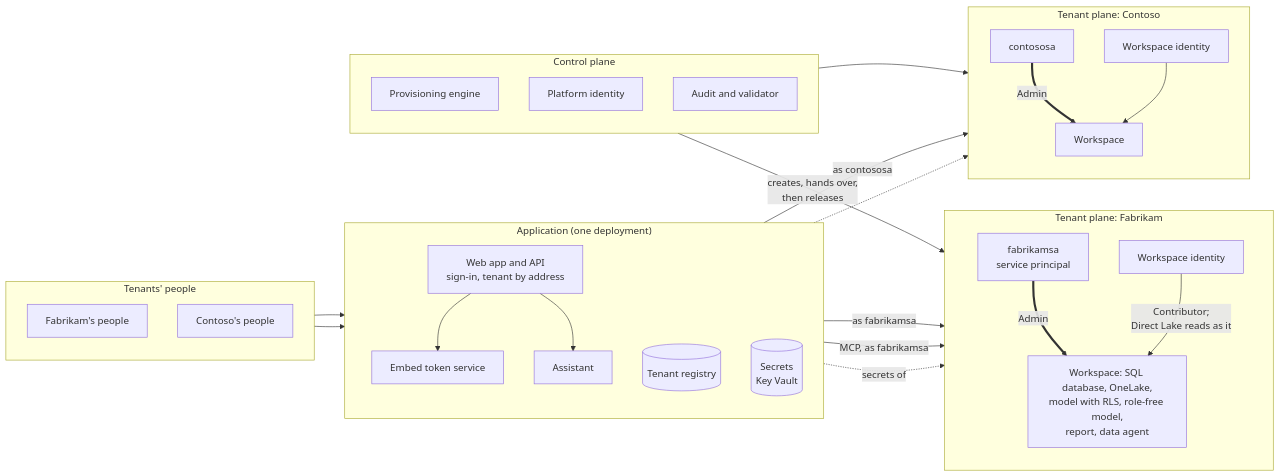
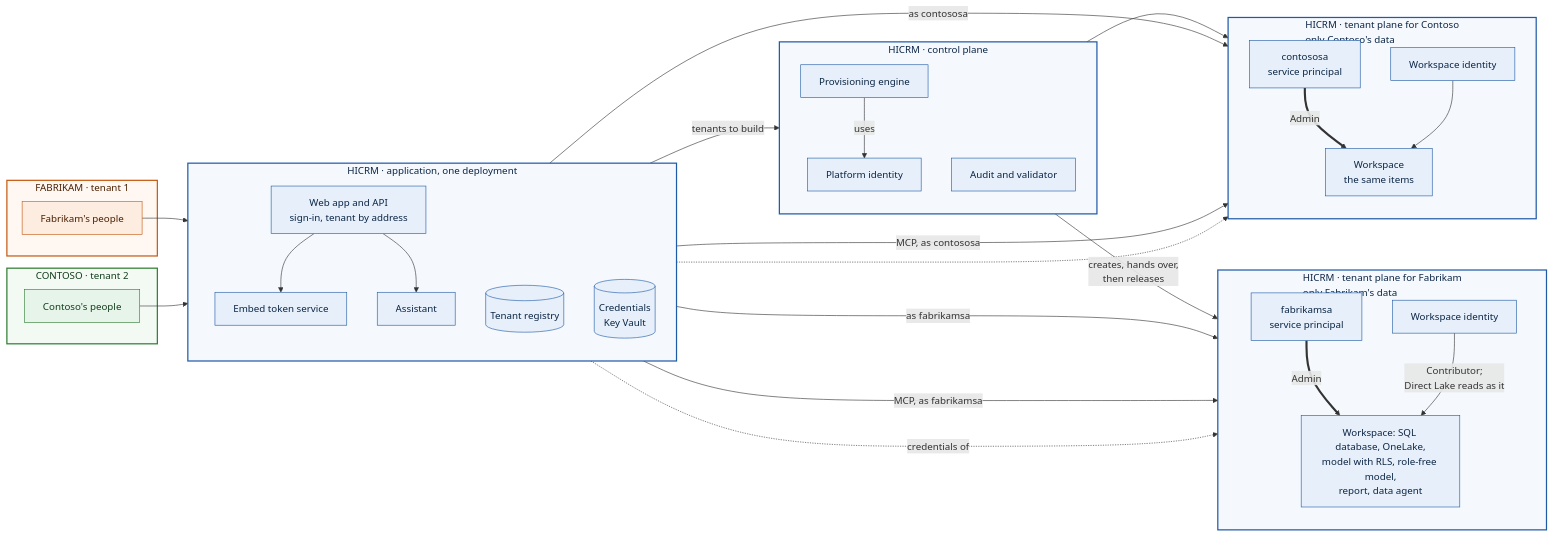
The diagram in saas-platform/FRAMEWORK.md (apkola29/fabric), drawn with Mermaid before and after one commit. The commit also changed other lines of this file and 9 other files, not shown here.

First line of the commit message:
saas-platform: who owns what, end-to-end flow and the data integration add-on

````diff
--- a/saas-platform/FRAMEWORK.md
+++ b/saas-platform/FRAMEWORK.md
@@ -75,49 +82,68 @@
 ```mermaid
 flowchart LR
-  subgraph PEOPLE["Tenants' people"]
-    direction TB
+  %% The framework's reference architecture, with the sample's names. Orange: Fabrikam. Green: Contoso. They are
+  %% HiCRM's customers, the "tenants". Blue: HiCRM, the provider, which owns and runs every blue box.
+  subgraph FAB["FABRIKAM · tenant 1"]
     U1["Fabrikam's people"]
+  end
+  subgraph CON["CONTOSO · tenant 2"]
     U2["Contoso's people"]
   end
-  subgraph APP["Application (one deployment)"]
+  subgraph APP["HICRM · application, one deployment"]
     direction TB
     WEB["Web app and API<br/>sign-in, tenant by address"]
     EMB["Embed token service"]
     ASK["Assistant"]
     REG[("Tenant registry")]
-    SEC[("Secrets<br/>Key Vault")]
+    SEC[("Credentials<br/>Key Vault")]
   end
-  subgraph CP["Control plane"]
+  subgraph CP["HICRM · control plane"]
     direction TB
     PROV["Provisioning engine"]
     PSP["Platform identity"]
     VAL["Audit and validator"]
   end
-  subgraph T1["Tenant plane: Fabrikam"]
+  subgraph T1["HICRM · tenant plane for Fabrikam<br/>only Fabrikam's data"]
     direction TB
     SA1["fabrikamsa<br/>service principal"]
     WS1["Workspace: SQL database, OneLake,<br/>model with RLS, role-free model,<br/>report, data agent"]
     WI1["Workspace identity"]
   end
-  subgraph T2["Tenant plane: Contoso"]
+  subgraph T2["HICRM · tenant plane for Contoso<br/>only Contoso's data"]
     direction TB
-    SA2["contososa"]
-    WS2["Workspace"]
+    SA2["contososa<br/>service principal"]
+    WS2["Workspace<br/>the same items"]
     WI2["Workspace identity"]
   end
   U1 --> WEB
   U2 --> WEB
   WEB --> EMB
   WEB --> ASK
   EMB -->|"as fabrikamsa"| WS1
   ASK -->|"MCP, as fabrikamsa"| WS1
   EMB -->|"as contososa"| WS2
+  ASK -->|"MCP, as contososa"| WS2
+  REG -->|"tenants to build"| PROV
+  PROV -->|"uses"| PSP
   PSP -->|"creates, hands over,<br/>then releases"| WS1
   PSP --> WS2
   SA1 ==>|"Admin"| WS1
   SA2 ==>|"Admin"| WS2
   WI1 -->|"Contributor;<br/>Direct Lake reads as it"| WS1
   WI2 --> WS2
-  SEC -.->|"secrets of"| SA1
+  SEC -.->|"credentials of"| SA1
   SEC -.-> SA2
+
+  classDef fabrikam fill:#FDECE0,stroke:#C55A11,color:#4A1F00
+  classDef contoso fill:#E7F4EA,stroke:#2E7D32,color:#123D1B
+  classDef hicrm fill:#E7F0FA,stroke:#1F5AA6,color:#0B2545
+  class U1 fabrikam
+  class U2 contoso
+  class WEB,EMB,ASK,REG,SEC,PROV,PSP,VAL,SA1,WS1,WI1,SA2,WS2,WI2 hicrm
+  style FAB fill:#FFF7F1,stroke:#C55A11,stroke-width:2px,color:#4A1F00
+  style CON fill:#F3FAF4,stroke:#2E7D32,stroke-width:2px,color:#123D1B
+  style APP fill:#F5F9FE,stroke:#1F5AA6,stroke-width:2px,color:#0B2545
+  style CP fill:#F5F9FE,stroke:#1F5AA6,stroke-width:2px,color:#0B2545
+  style T1 fill:#F5F9FE,stroke:#1F5AA6,stroke-width:2px,color:#0B2545
+  style T2 fill:#F5F9FE,stroke:#1F5AA6,stroke-width:2px,color:#0B2545
 ```
````
